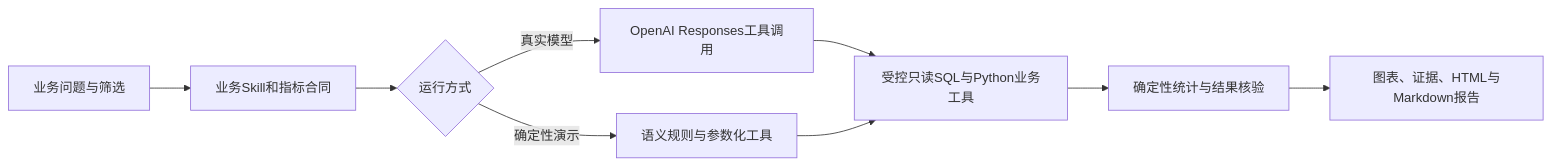
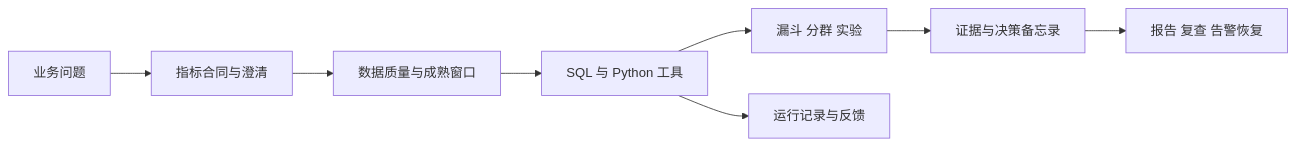
The diagram in README.md (liu-XI71/liu-xi-ai-analyst), drawn with Mermaid before and after one commit. The commit also changed other lines of this file and 105 other files, not shown here.

````diff
--- a/README.md
+++ b/README.md
@@ -21,11 +24,10 @@
 ```mermaid
 flowchart LR
-  A[业务问题与筛选] --> B[业务Skill和指标合同]
-  B --> C{运行方式}
-  C -->|确定性演示| D[语义规则与参数化工具]
-  C -->|真实模型| E[OpenAI Responses工具调用]
-  E --> F[受控只读SQL与Python业务工具]
-  D --> F
-  F --> G[确定性统计与结果核验]
-  G --> H[图表、证据、HTML与Markdown报告]
+  A[业务问题] --> B[指标合同与澄清]
+  B --> C[数据质量与成熟窗口]
+  C --> D[SQL 与 Python 工具]
+  D --> E[漏斗 分群 实验]
+  E --> F[证据与决策备忘录]
+  F --> G[报告 复查 告警恢复]
+  D --> H[运行记录与反馈]
 ```
````
